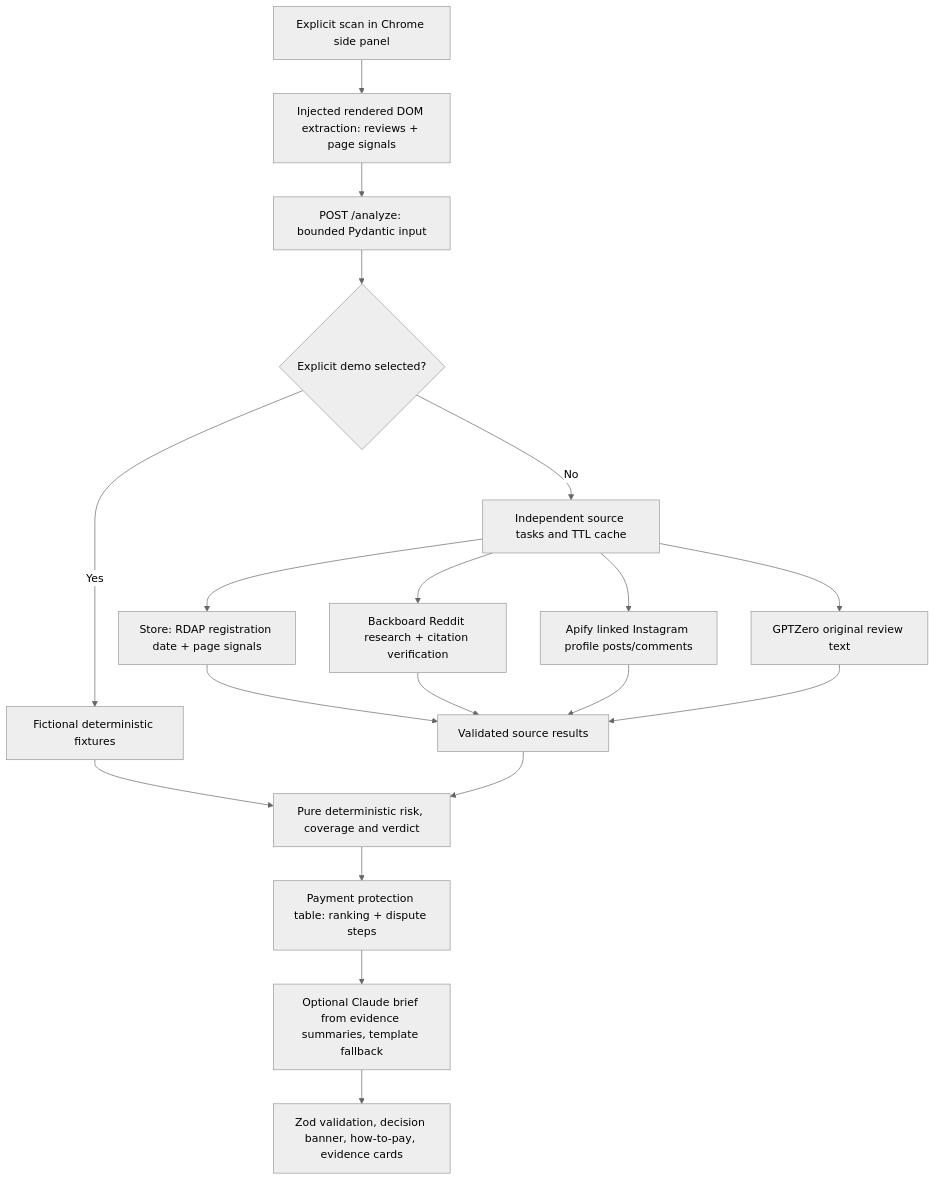
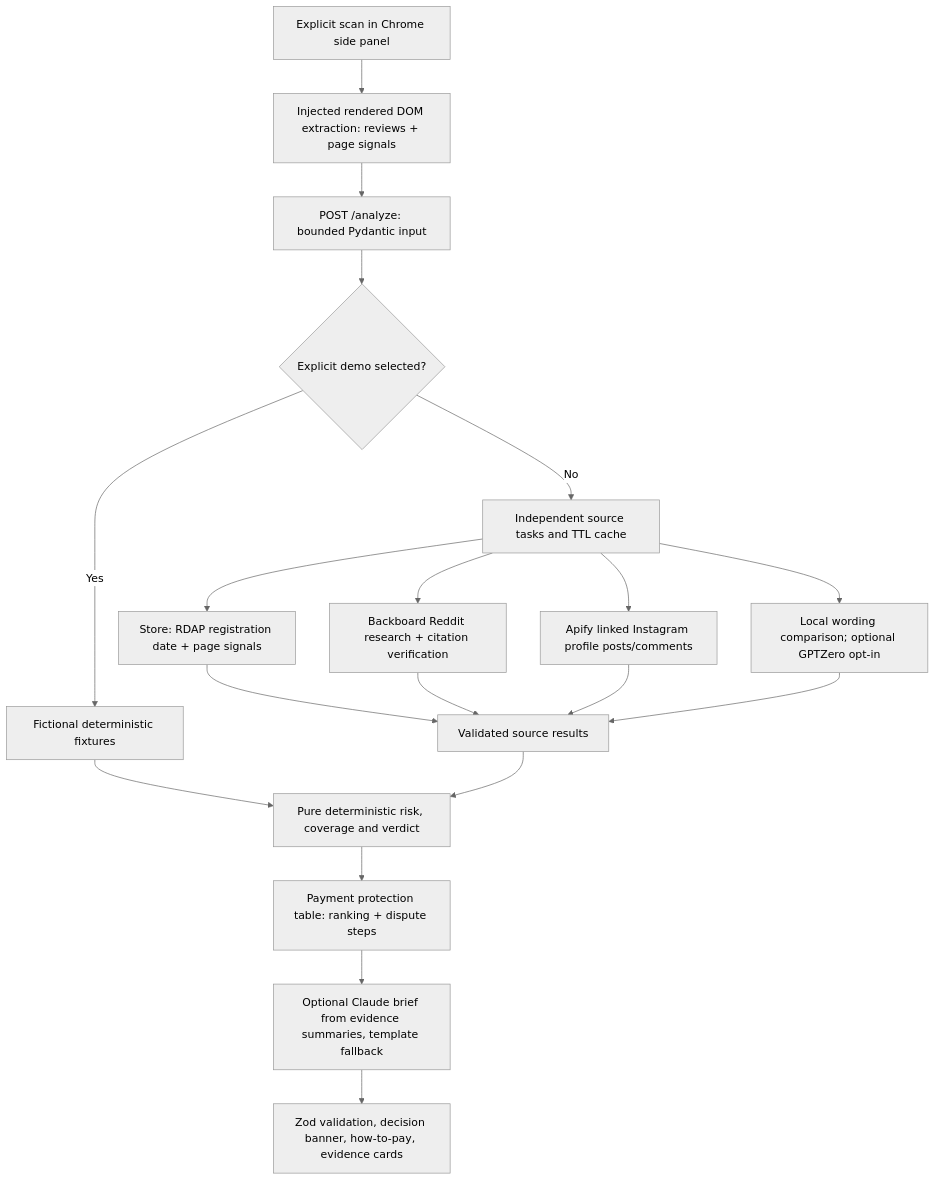
One commit to DevSingh05/CheckoutGuard changed the diagram in docs/ARCHITECTURE.md. Above: the diagram before and after it, drawn with Mermaid (neutral theme). The commit also changed other lines of this file and 31 other files, not shown here.

````diff
--- a/docs/ARCHITECTURE.md
+++ b/docs/ARCHITECTURE.md
@@ -3,21 +3,21 @@
 ```mermaid
 flowchart TD
     A[Explicit scan in Chrome side panel] --> B[Injected rendered DOM extraction: reviews + page signals]
     B --> C[POST /analyze: bounded Pydantic input]
     C --> D{Explicit demo selected?}
     D -->|Yes| E[Fictional deterministic fixtures]
     D -->|No| F[Independent source tasks and TTL cache]
     F --> S[Store: RDAP registration date + page signals]
     F --> G[Backboard Reddit research + citation verification]
     F --> H[Apify linked Instagram profile posts/comments]
-    F --> I[GPTZero original review text]
+    F --> I[Local wording comparison; optional GPTZero opt-in]
     S --> J[Validated source results]
     G --> J
     H --> J
     I --> J
     E --> K[Pure deterministic risk, coverage and verdict]
     J --> K
     K --> P[Payment protection table: ranking + dispute steps]
     P --> Q[Optional Claude brief from evidence summaries, template fallback]
     Q --> L[Zod validation, decision banner, how-to-pay, evidence cards]
 ```
````
